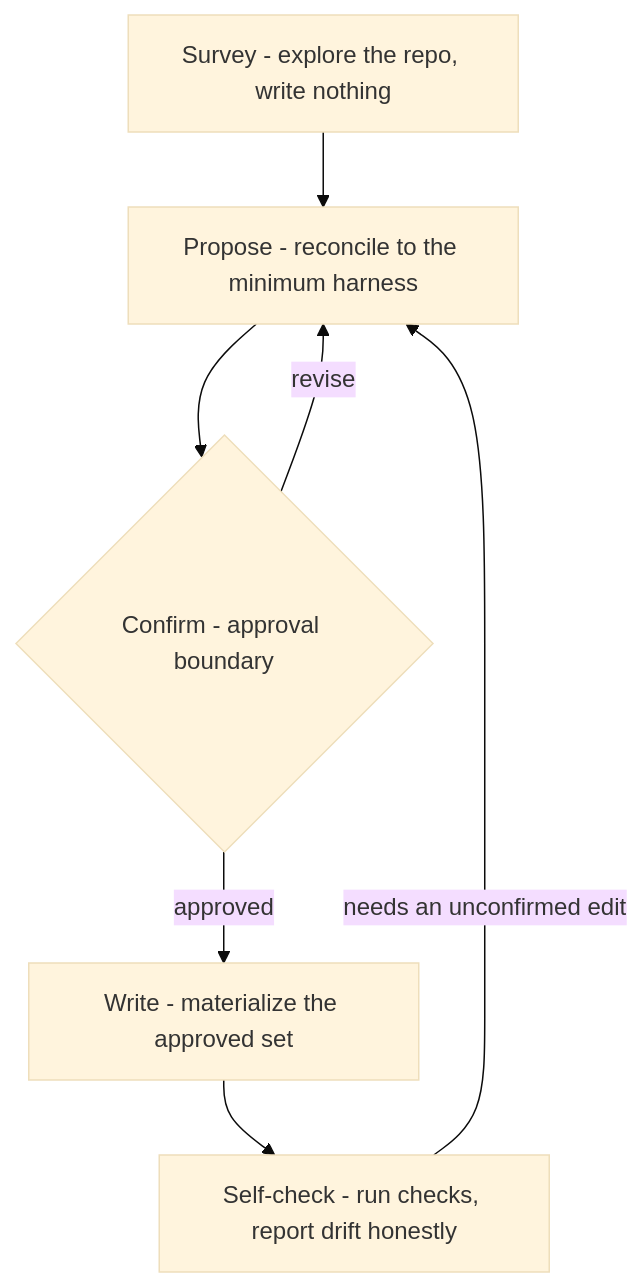
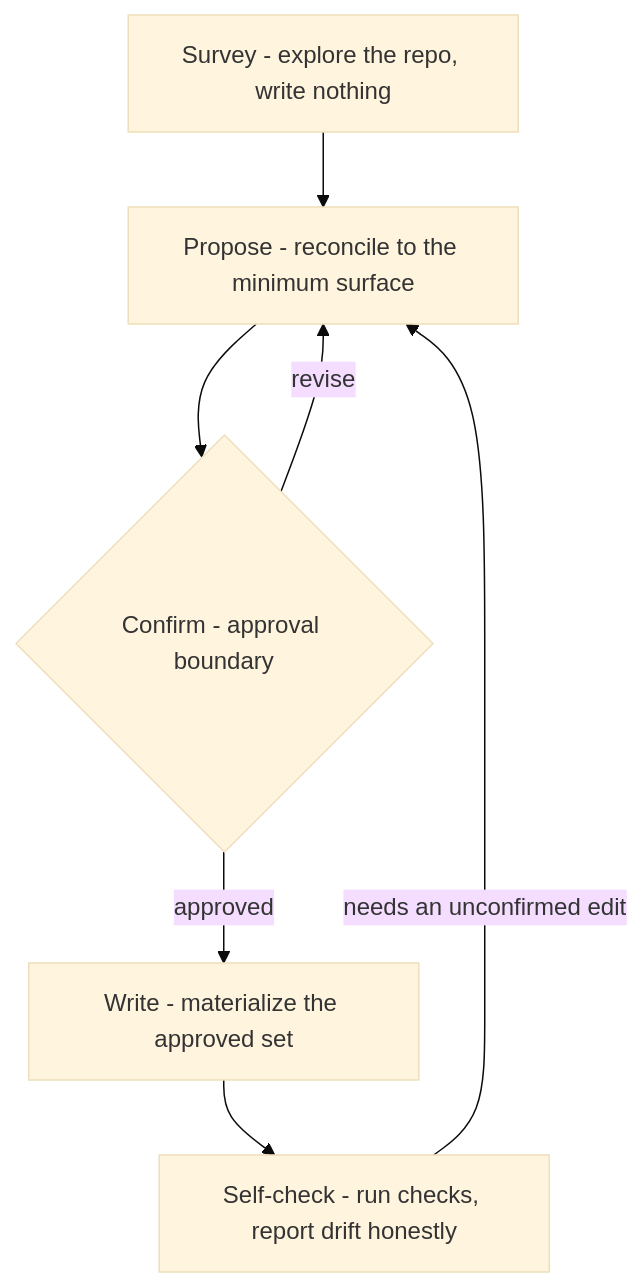
One commit to ZPerrin/loom changed the diagram in skills/dress/SKILL.md. Above: the diagram before and after it, drawn with Mermaid (base theme). The commit also changed other lines of this file and 32 other files, not shown here.

````diff
--- a/skills/dress/SKILL.md
+++ b/skills/dress/SKILL.md
@@ -29,9 +29,9 @@
 ```mermaid
 flowchart TD
-    survey["Survey - explore the repo, write nothing"] --> propose["Propose - reconcile to the minimum harness"]
+    survey["Survey - explore the repo, write nothing"] --> propose["Propose - reconcile to the minimum surface"]
     propose --> confirm{"Confirm - approval boundary"}
     confirm -->|revise| propose
     confirm -->|approved| write["Write - materialize the approved set"]
     write --> check["Self-check - run checks, report drift honestly"]
     check -->|"needs an unconfirmed edit"| propose
 ```
````
